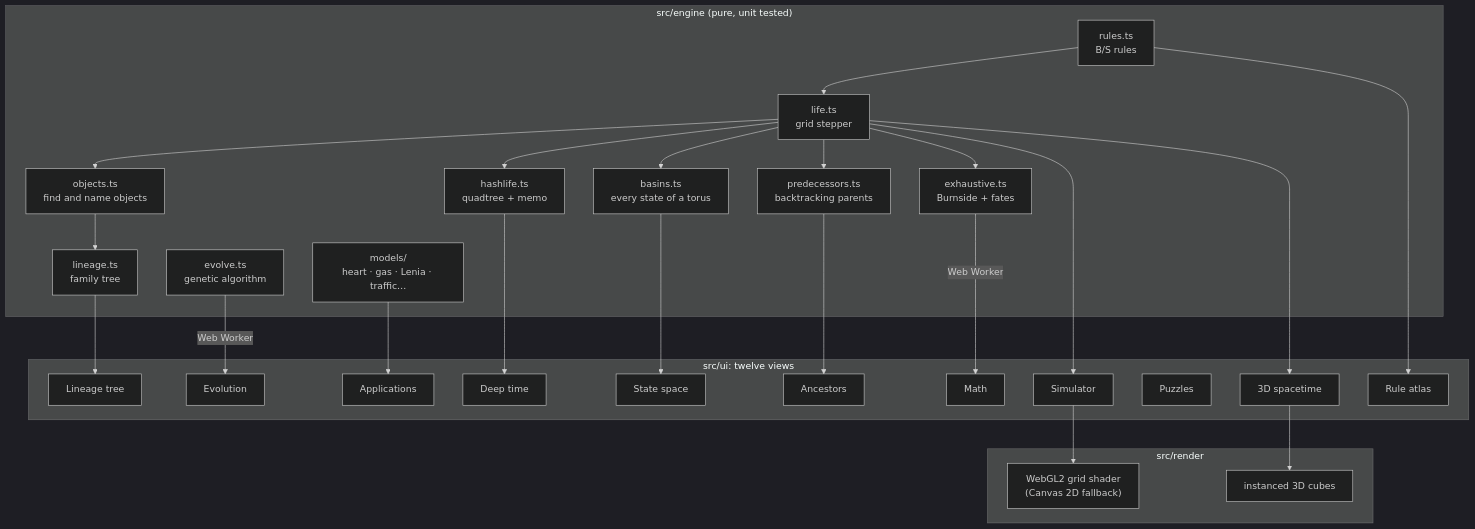
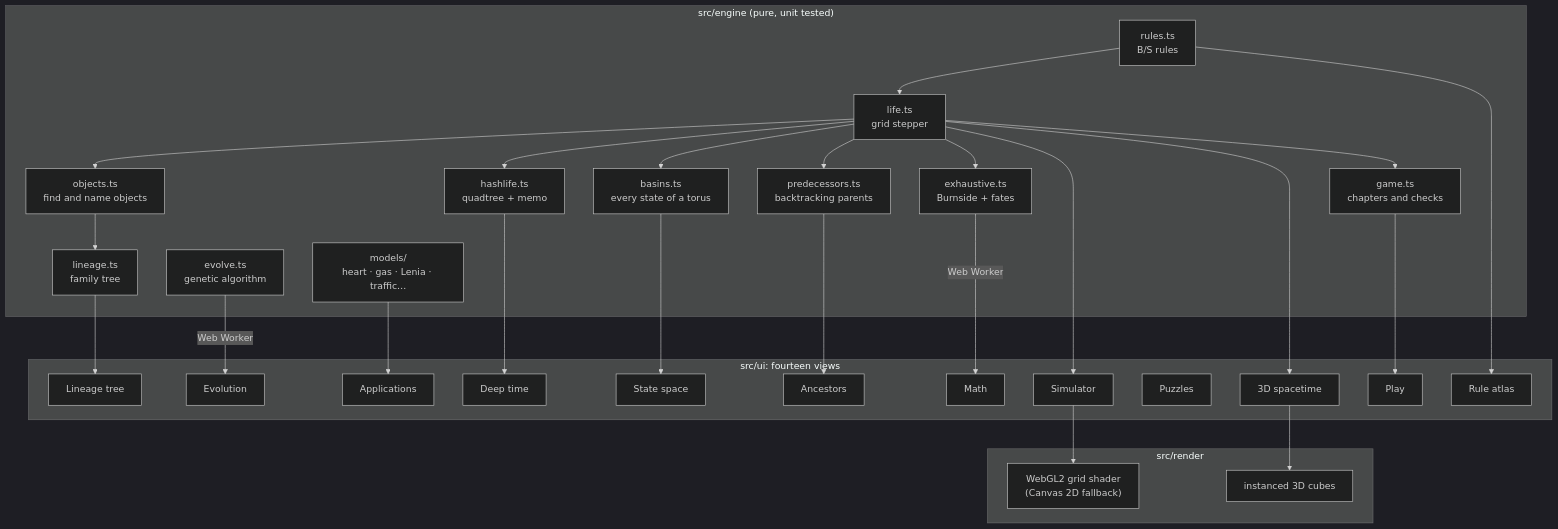
Before and after one commit to Normansrule/game-of-life: the third of 4 diagrams in README.md, drawn with Mermaid (dark theme). The commit also changed other lines of this file and 26 other files, not shown here.

First line of the commit message:
Add Play, a game that teaches the maths, and rewrite the README

````diff
--- a/README.md
+++ b/README.md
@@ -349,33 +420,35 @@
 ```mermaid
 flowchart TB
   subgraph engine["src/engine (pure, unit tested)"]
     life["life.ts<br/>grid stepper"] --> objects["objects.ts<br/>find and name objects"]
     objects --> lineage["lineage.ts<br/>family tree"]
     life --> hashlife["hashlife.ts<br/>quadtree + memo"]
     life --> basins["basins.ts<br/>every state of a torus"]
     life --> preds["predecessors.ts<br/>backtracking parents"]
     life --> exhaustive["exhaustive.ts<br/>Burnside + fates"]
     rules["rules.ts<br/>B/S rules"] --> life
     evolve["evolve.ts<br/>genetic algorithm"]
     models["models/<br/>heart · gas · Lenia · traffic…"]
+    game["game.ts<br/>chapters and checks"]
   end
   subgraph render["src/render"]
     gl["WebGL2 grid shader<br/>(Canvas 2D fallback)"]
     cubes["instanced 3D cubes"]
   end
-  subgraph ui["src/ui: twelve views"]
+  subgraph ui["src/ui: fourteen views"]
     sim["Simulator"]; tree["Lineage tree"]; space["3D spacetime"]; deep["Deep time"]
     basinv["State space"]; anc["Ancestors"]; atlas["Rule atlas"]; evo["Evolution"]
-    puz["Puzzles"]; math["Math"]; apps["Applications"]
+    puz["Puzzles"]; math["Math"]; apps["Applications"]; play["Play"]
   end
   life --> sim --> gl
   lineage --> tree
   life --> space --> cubes
   hashlife --> deep
   basins --> basinv
   preds --> anc
   rules --> atlas
   evolve -->|Web Worker| evo
   exhaustive -->|Web Worker| math
   models --> apps
+  life --> game --> play
 ```
````
